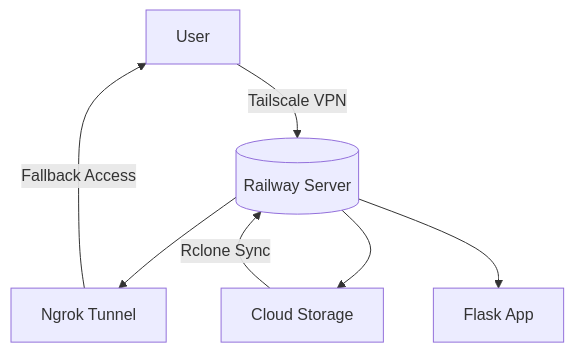
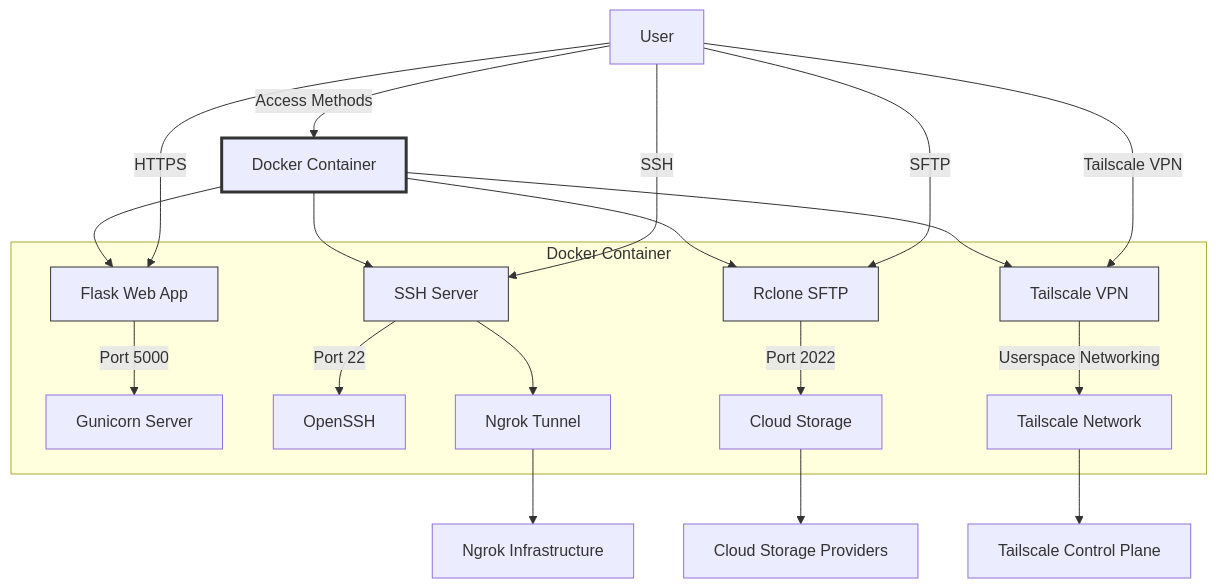
Before and after one commit to yunus25jmi1/InfrastructureAsCode-Railway: the diagram in README.md, drawn with Mermaid. The commit also changed other lines of this file and 2 other files, not shown here.

````diff
--- a/README.md
+++ b/README.md
@@ -188,9 +234,31 @@
 ```mermaid
 graph TD
-    A[User] -->|Tailscale VPN| B[(Railway Server)]
-    B --> C[Ngrok Tunnel]
-    B --> D[Cloud Storage]
-    B --> E[Flask App]
-    C -->|Fallback Access| A
-    D -->|Rclone Sync| B
+    A[User] -->|Access Methods| B[Docker Container]
+    B --> C[Flask Web App]
+    B --> D[SSH Server]
+    B --> E[Rclone SFTP]
+    B --> F[Tailscale VPN]
+    
+    subgraph Docker Container
+        C -->|Port 5000| G[Gunicorn Server]
+        D -->|Port 22| H[OpenSSH]
+        D --> I[Ngrok Tunnel]
+        E -->|Port 2022| J[Cloud Storage]
+        F -->|Userspace Networking| K[Tailscale Network]
+    end
+    
+    I --> L[Ngrok Infrastructure]
+    J --> M[Cloud Storage Providers]
+    K --> N[Tailscale Control Plane]
+    
+    A -->|HTTPS| C
+    A -->|SSH| D
+    A -->|SFTP| E
+    A -->|Tailscale VPN| F
+    
+    style B fill:#f,stroke:#333,stroke-width:3px
+    style C fill:#f,stroke:#333
+    style D fill:#f,stroke:#333
+    style E fill:#f,stroke:#333
+    style F fill:#f,stroke:#333
 ```
````
